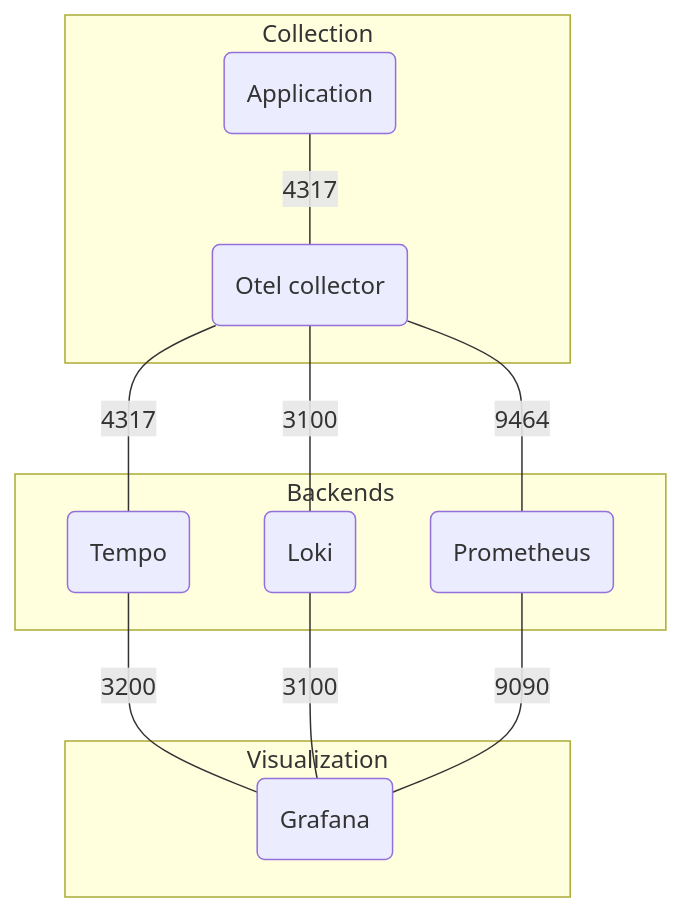
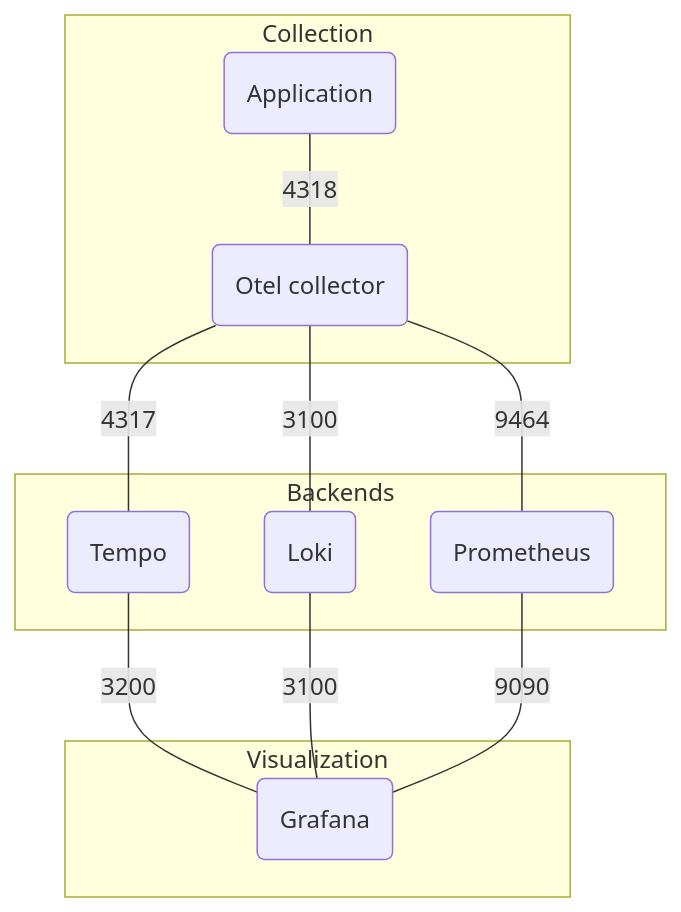
One commit to joetanx/o11y-lab changed the diagram in README.md. Above: the diagram before and after it, drawn with Mermaid.

````diff
--- a/README.md
+++ b/README.md
@@ -3,26 +3,26 @@
 ```mermaid
 flowchart TD
 
 subgraph Collection
   A(Application)
   B(Otel collector)
 end
 
 subgraph Backends
   C(Tempo)
   D(Loki)
   E(Prometheus)
 end
 
 subgraph Visualization
   F(Grafana)
 end
 
-A ---|4317| B
+A ---|4318| B
 B ---|4317| C
 B ---|3100| D
 B ---|9464| E
 C ---|3200| F
 D ---|3100| F
 E ---|9090| F
 ```
````
